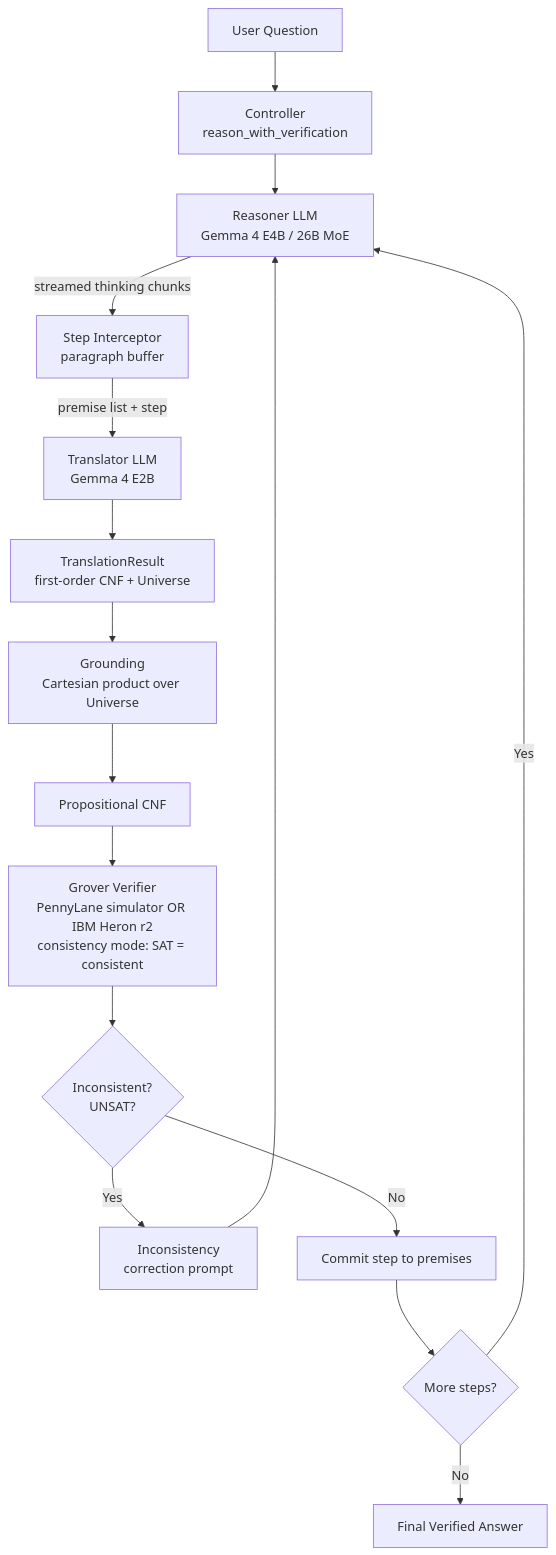
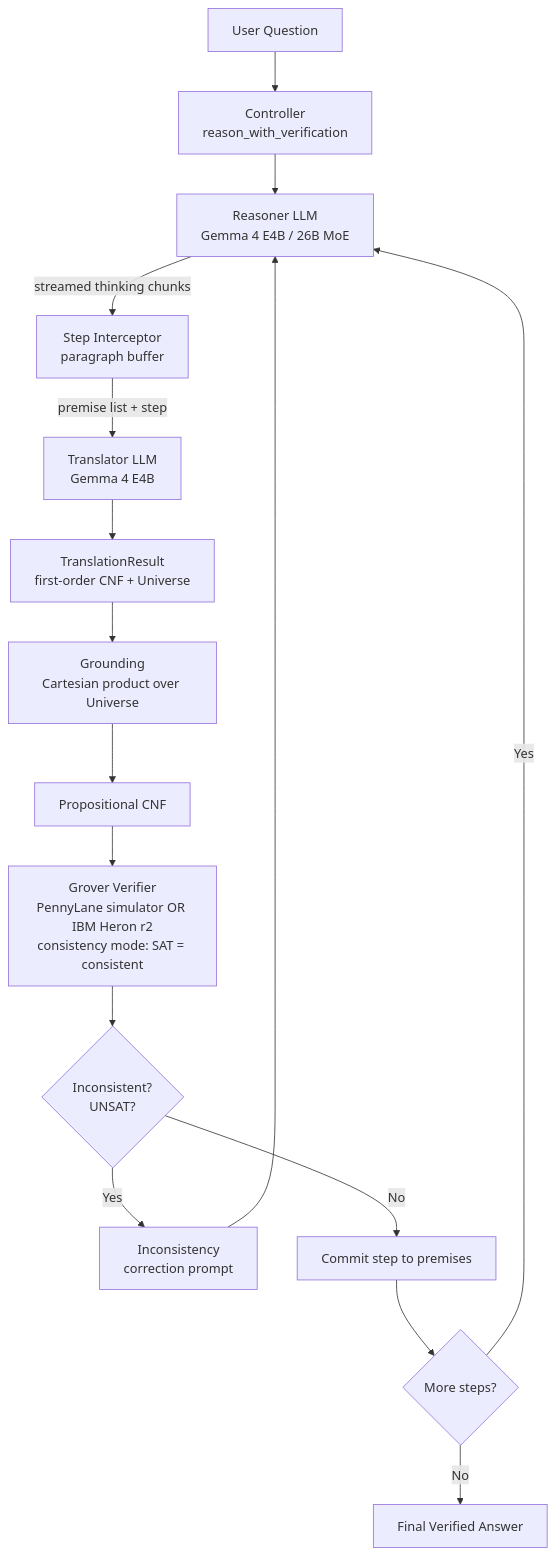
The diagram in docs/architecture.md (Quantum-Labor/qverify), drawn with Mermaid before and after one commit. The commit also changed other lines of this file and 6 other files, not shown here.

````diff
--- a/docs/architecture.md
+++ b/docs/architecture.md
@@ -9,18 +9,18 @@
 ```mermaid
 flowchart TD
     A[User Question] --> CTRL[Controller<br/>reason_with_verification]
     CTRL --> B[Reasoner LLM<br/>Gemma 4 E4B / 26B MoE]
     B -- streamed thinking chunks --> C[Step Interceptor<br/>paragraph buffer]
-    C -- premise list + step --> D[Translator LLM<br/>Gemma 4 E2B]
+    C -- premise list + step --> D[Translator LLM<br/>Gemma 4 E4B]
     D --> E[TranslationResult<br/>first-order CNF + Universe]
     E --> GR[Grounding<br/>Cartesian product over Universe]
     GR --> EP[Propositional CNF]
     EP --> F[Grover Verifier<br/>PennyLane simulator OR IBM Heron r2<br/>consistency mode: SAT = consistent]
     F --> G{Inconsistent?<br/>UNSAT?}
     G -- Yes --> H[Inconsistency<br/>correction prompt]
     H --> B
     G -- No --> COMMIT[Commit step to premises]
     COMMIT --> I{More steps?}
     I -- Yes --> B
     I -- No --> J[Final Verified Answer]
 ```
````
